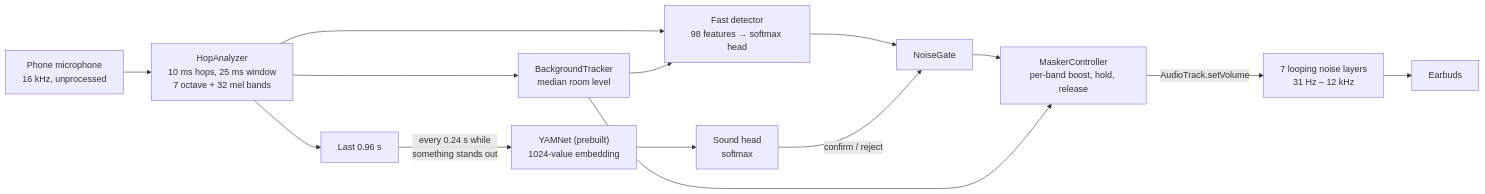
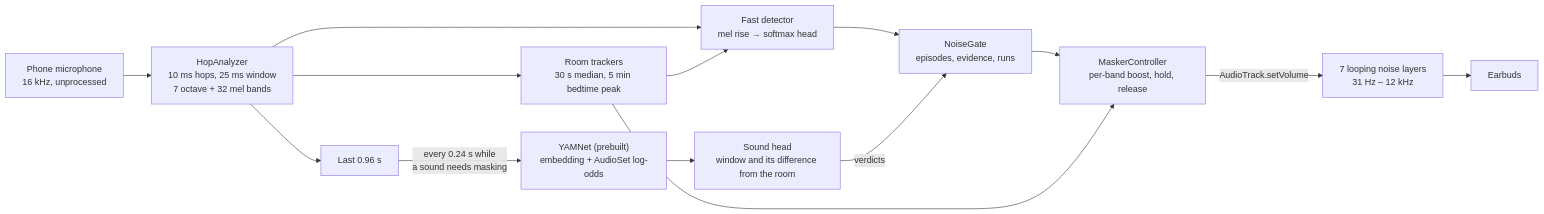
The diagram in quiet-night/docs/architecture.md (shirubasoft/apps), drawn with Mermaid before and after one commit. The commit also changed other lines of this file, not shown here.

First line of the commit message:
docs(quiet-night): describe the room, the gate and its runs as they are

````diff
--- a/quiet-night/docs/architecture.md
+++ b/quiet-night/docs/architecture.md
@@ -5,16 +5,16 @@
 ```mermaid
 flowchart LR
     mic["Phone microphone<br/>16 kHz, unprocessed"] --> hop["HopAnalyzer<br/>10 ms hops, 25 ms window<br/>7 octave + 32 mel bands"]
-    hop --> room["BackgroundTracker<br/>median room level"]
-    hop --> fast["Fast detector<br/>98 features → softmax head"]
+    hop --> room["Room trackers<br/>30 s median, 5 min bedtime peak"]
+    hop --> fast["Fast detector<br/>mel rise → softmax head"]
     room --> fast
-    fast --> gate["NoiseGate"]
+    fast --> gate["NoiseGate<br/>episodes, evidence, runs"]
     hop --> ring["Last 0.96 s"]
-    ring -->|"every 0.24 s while<br/>something stands out"| yamnet["YAMNet (prebuilt)<br/>1024-value embedding"]
-    yamnet --> head["Sound head<br/>softmax"]
-    head -->|"confirm / reject"| gate
+    ring -->|"every 0.24 s while<br/>a sound needs masking"| yamnet["YAMNet (prebuilt)<br/>embedding + AudioSet log-odds"]
+    yamnet --> head["Sound head<br/>window and its difference from the room"]
+    head -->|"verdicts"| gate
     gate --> masker["MaskerController<br/>per-band boost, hold, release"]
     room --> masker
     masker -->|"AudioTrack.setVolume"| layers["7 looping noise layers<br/>31 Hz – 12 kHz"]
     layers --> ears["Earbuds"]
 ```
````
